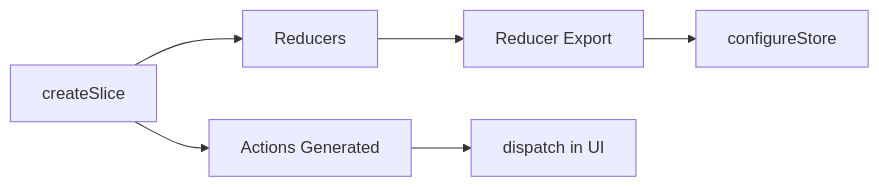
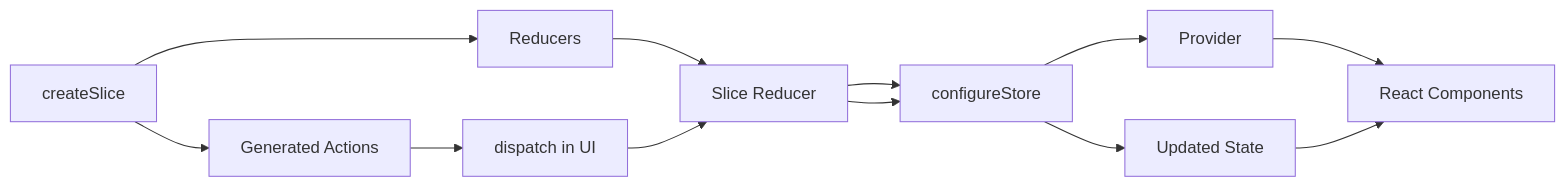
The diagram in tutorial-platform/public/tutorials/react/day-051-redux-toolkit-introduction.md (kaushalkumar8459/CodingTerminal-Tutorial-Notes), drawn with Mermaid before and after one commit. The commit also changed other lines of this file, not shown here.

````diff
--- a/tutorial-platform/public/tutorials/react/day-051-redux-toolkit-introduction.md
+++ b/tutorial-platform/public/tutorials/react/day-051-redux-toolkit-introduction.md
@@ -181,8 +348,14 @@
 ```mermaid
 flowchart LR
-		A[createSlice] --> B[Reducers]
-		A --> C[Actions Generated]
-		B --> D[Reducer Export]
-		D --> E[configureStore]
-		C --> F[dispatch in UI]
+    A[createSlice] --> B[Reducers]
+    A --> C[Generated Actions]
+    B --> D[Slice Reducer]
+    D --> E[configureStore]
+    E --> F[Provider]
+    C --> G[dispatch in UI]
+    F --> H[React Components]
+    G --> D
+    D --> E
+    E --> I[Updated State]
+    I --> H
 ```
````
